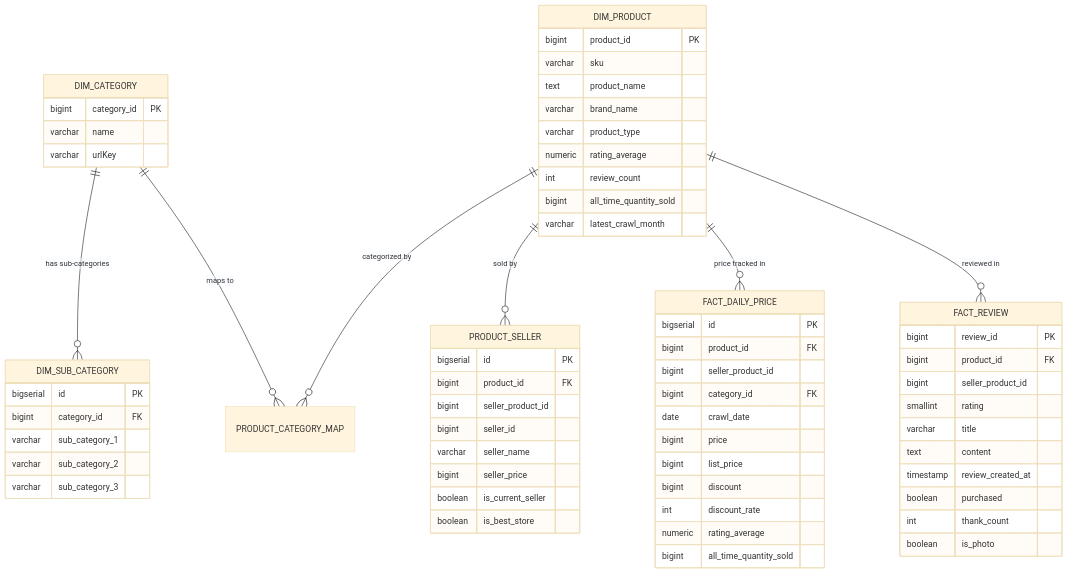
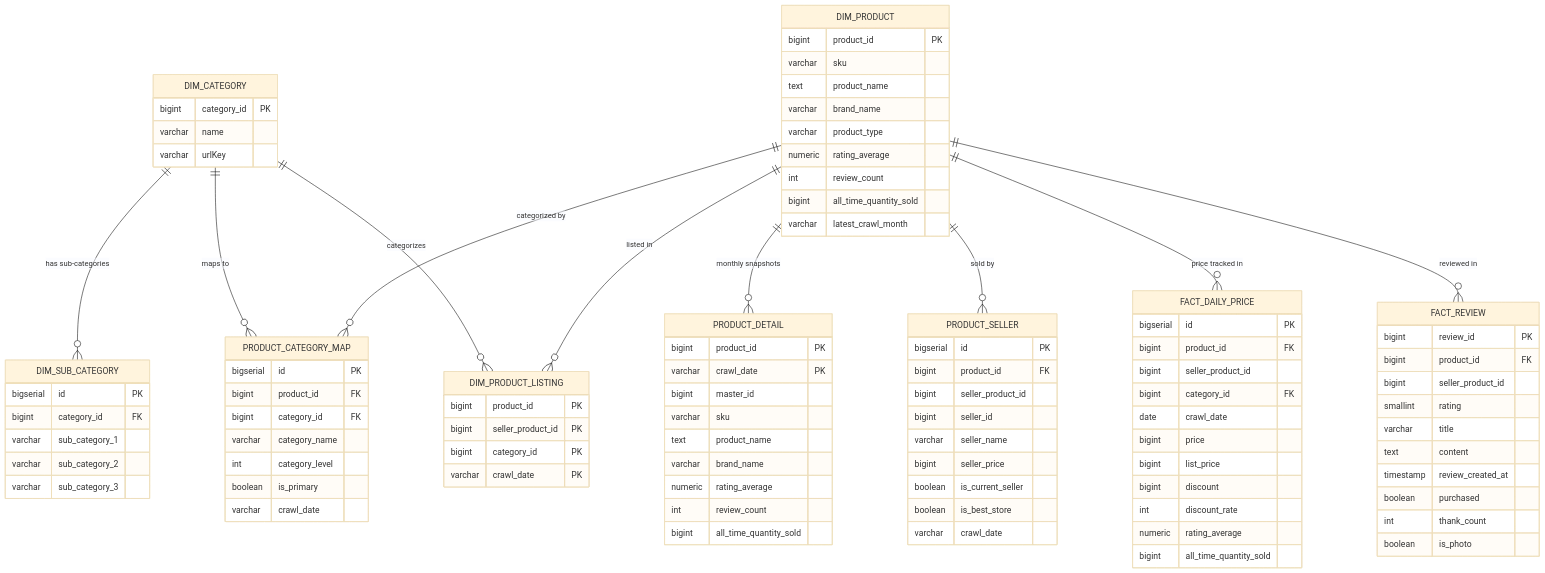
One commit to tuan-anh-05/TiKi-Analysic changed the second of 2 diagrams in README.md. Above: the diagram before and after it, drawn with Mermaid (base theme).

```diff
--- a/README.md
+++ b/README.md
@@ -94,6 +94,10 @@
 erDiagram
     DIM_CATEGORY ||--o{ DIM_SUB_CATEGORY : "has sub-categories"
     DIM_CATEGORY ||--o{ PRODUCT_CATEGORY_MAP : "maps to"
+    DIM_CATEGORY ||--o{ DIM_PRODUCT_LISTING : "categorizes"
+
+    DIM_PRODUCT ||--o{ PRODUCT_DETAIL : "monthly snapshots"
+    DIM_PRODUCT ||--o{ DIM_PRODUCT_LISTING : "listed in"
     DIM_PRODUCT ||--o{ PRODUCT_CATEGORY_MAP : "categorized by"
     DIM_PRODUCT ||--o{ PRODUCT_SELLER : "sold by"
     DIM_PRODUCT ||--o{ FACT_DAILY_PRICE : "price tracked in"
@@ -109,6 +113,35 @@
         int review_count
         bigint all_time_quantity_sold
         varchar latest_crawl_month
+    }
+
+    PRODUCT_DETAIL {
+        bigint product_id PK
+        varchar crawl_date PK
+        bigint master_id
+        varchar sku
+        text product_name
+        varchar brand_name
+        numeric rating_average
+        int review_count
+        bigint all_time_quantity_sold
+    }
+
+    DIM_PRODUCT_LISTING {
+        bigint product_id PK
+        bigint seller_product_id PK
+        bigint category_id PK
+        varchar crawl_date PK
+    }
+
+    PRODUCT_CATEGORY_MAP {
+        bigserial id PK
+        bigint product_id FK
+        bigint category_id FK
+        varchar category_name
+        int category_level
+        boolean is_primary
+        varchar crawl_date
     }
 
     DIM_CATEGORY {
@@ -134,6 +167,7 @@
         bigint seller_price
         boolean is_current_seller
         boolean is_best_store
+        varchar crawl_date
     }
 
     FACT_DAILY_PRICE {
```
